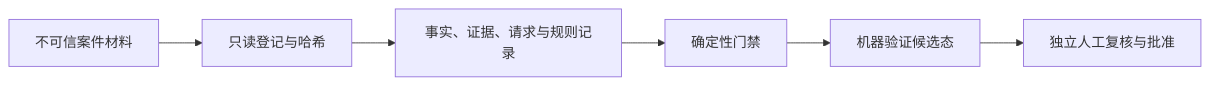
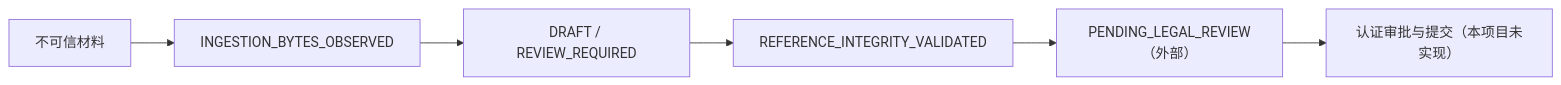
The diagram in README.md (f12336414-ship-it/labor-arbitration-skill), drawn with Mermaid before and after one commit. The commit also changed other lines of this file and 27 other files, not shown here.

First line of the commit message:
fix: enforce truthful v0.2 reference-integrity boundary

````diff
--- a/README.md
+++ b/README.md
@@ -50,8 +66,8 @@
 ```mermaid
 flowchart LR
-    A["不可信案件材料"] --> B["只读登记与哈希"]
-    B --> C["事实、证据、请求与规则记录"]
-    C --> D["确定性门禁"]
-    D --> E["机器验证候选态"]
-    E --> F["独立人工复核与批准"]
+    A["不可信材料"] --> B["INGESTION_BYTES_OBSERVED"]
+    B --> C["DRAFT / REVIEW_REQUIRED"]
+    C --> D["REFERENCE_INTEGRITY_VALIDATED"]
+    D --> E["PENDING_LEGAL_REVIEW（外部）"]
+    E --> F["认证审批与提交（本项目未实现）"]
 ```
````
